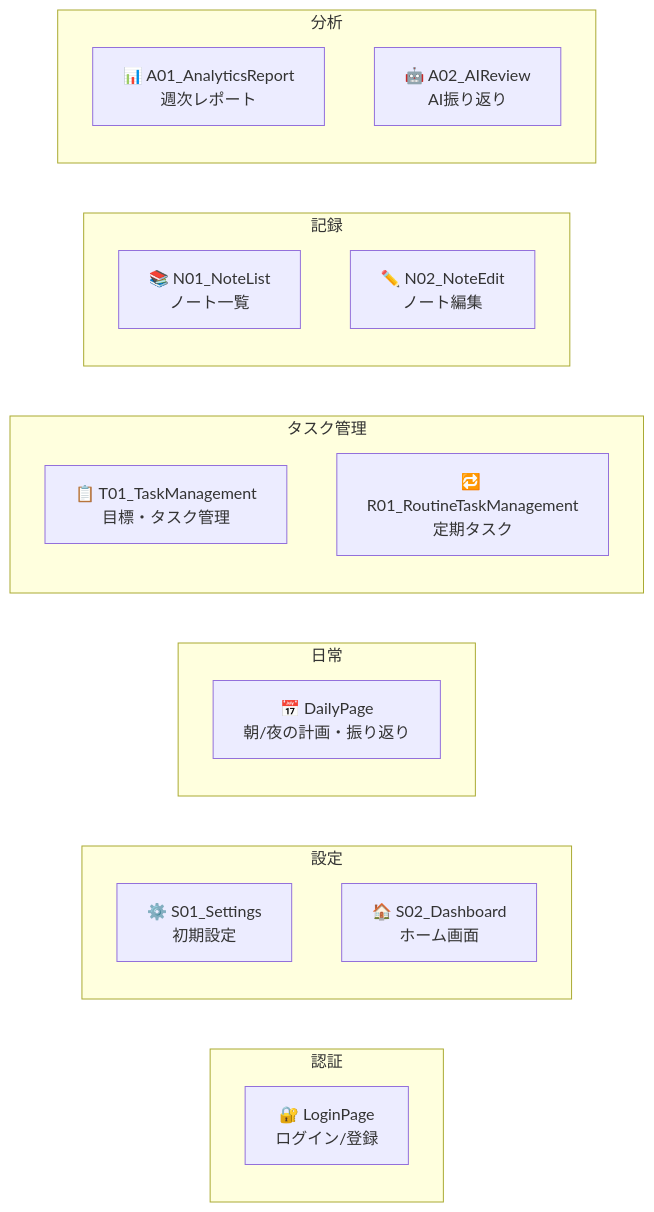
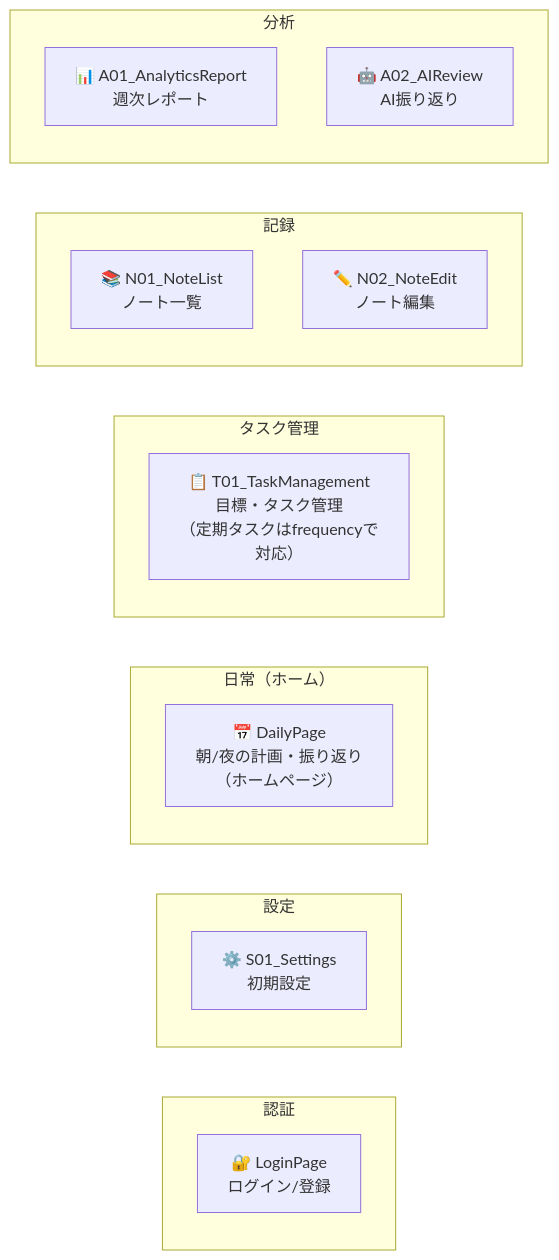
One commit to yu-min3/kensan changed the second of 18 diagrams in mydocs/architecture_guide_for_beginners.md. Above: the diagram before and after it, drawn with Mermaid. The commit also changed other lines of this file and 116 other files, not shown here.

````diff
--- a/mydocs/architecture_guide_for_beginners.md
+++ b/mydocs/architecture_guide_for_beginners.md
@@ -118,30 +115,28 @@
 ```mermaid
 graph LR
     subgraph "認証"
         Login["🔐 LoginPage<br/>ログイン/登録"]
     end
 
     subgraph "設定"
         S01["⚙️ S01_Settings<br/>初期設定"]
-        S02["🏠 S02_Dashboard<br/>ホーム画面"]
     end
 
-    subgraph "日常"
-        Daily["📅 DailyPage<br/>朝/夜の計画・振り返り"]
+    subgraph "日常（ホーム）"
+        Daily["📅 DailyPage<br/>朝/夜の計画・振り返り<br/>（ホームページ）"]
     end
 
     subgraph "タスク管理"
-        T01["📋 T01_TaskManagement<br/>目標・タスク管理"]
-        R01["🔁 R01_RoutineTaskManagement<br/>定期タスク"]
+        T01["📋 T01_TaskManagement<br/>目標・タスク管理<br/>（定期タスクはfrequencyで対応）"]
     end
 
     subgraph "記録"
         N01["📚 N01_NoteList<br/>ノート一覧"]
         N02["✏️ N02_NoteEdit<br/>ノート編集"]
     end
 
     subgraph "分析"
         A01["📊 A01_AnalyticsReport<br/>週次レポート"]
         A02["🤖 A02_AIReview<br/>AI振り返り"]
     end
 ```
````
